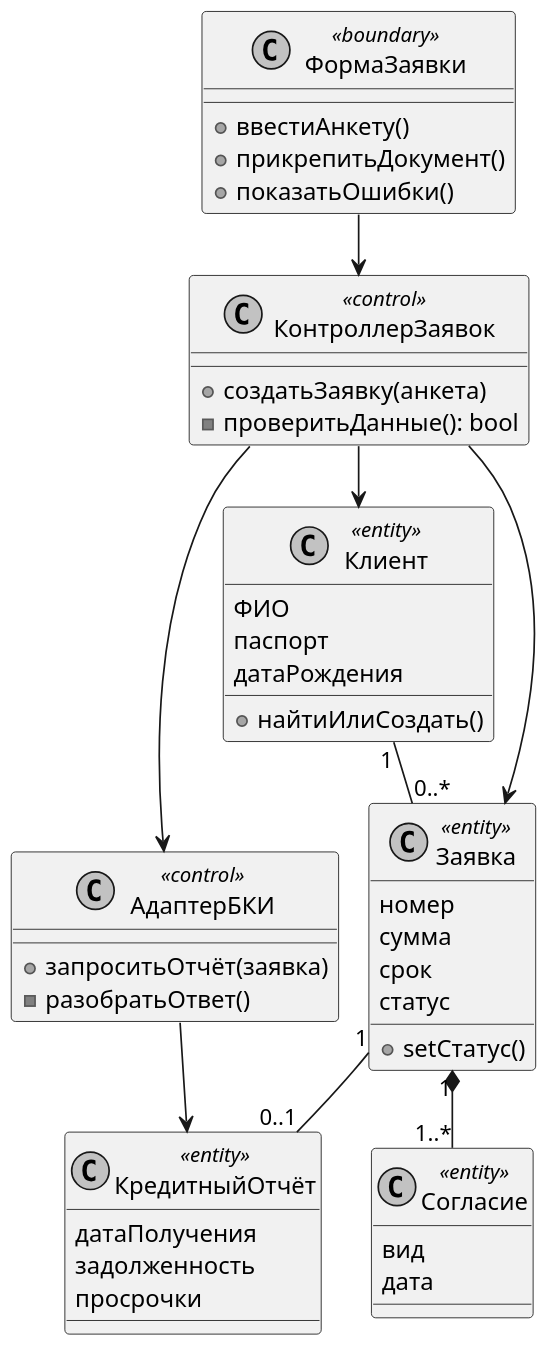
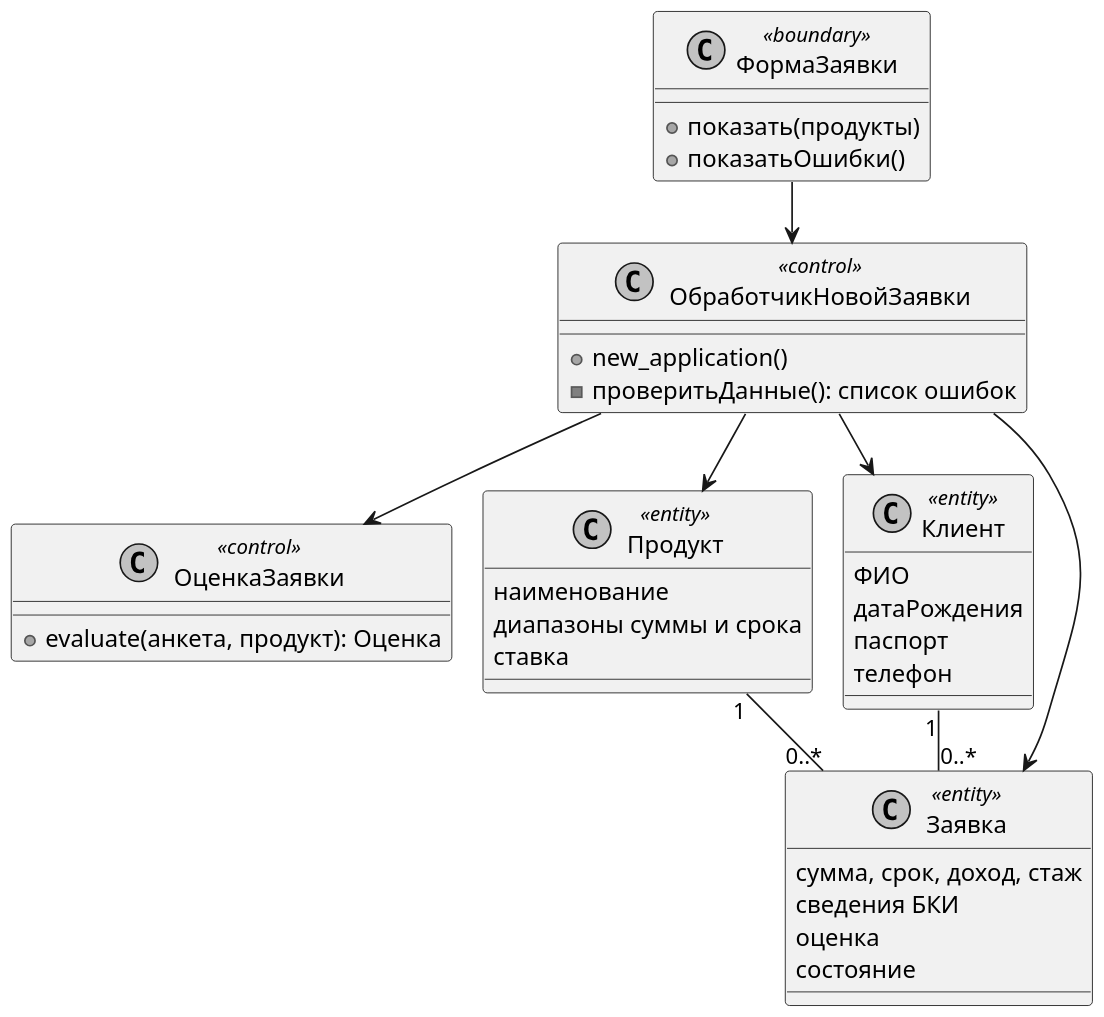
Before and after one commit to DarkSwordman999/credit-scoring-dss: the diagram in diagrams/uml_vopc_0.puml, drawn with PlantUML. The commit also changed 51 other files, not shown here.

Commit message:
Отчёты ПР 1-10 и диаграммы пересобраны под базовую редакцию

```diff
--- a/diagrams/uml_vopc_0.puml
+++ b/diagrams/uml_vopc_0.puml
@@ -1,50 +1,42 @@
 @startuml
 !pragma layout smetana
 skinparam dpi 150
 skinparam defaultFontName Arial
 skinparam shadowing false
 skinparam monochrome true
 class ФормаЗаявки <<boundary>> {
- +ввестиАнкету()
- +прикрепитьДокумент()
+ +показать(продукты)
  +показатьОшибки()
 }
-class КонтроллерЗаявок <<control>> {
- +создатьЗаявку(анкета)
- -проверитьДанные(): bool
+class ОбработчикНовойЗаявки <<control>> {
+ +new_application()
+ -проверитьДанные(): список ошибок
 }
-class АдаптерБКИ <<control>> {
- +запроситьОтчёт(заявка)
- -разобратьОтвет()
+class ОценкаЗаявки <<control>> {
+ +evaluate(анкета, продукт): Оценка
+}
+class Продукт <<entity>> {
+ наименование
+ диапазоны суммы и срока
+ ставка
 }
 class Клиент <<entity>> {
  ФИО
+ датаРождения
  паспорт
- датаРождения
- +найтиИлиСоздать()
+ телефон
 }
 class Заявка <<entity>> {
- номер
- сумма
- срок
- статус
- +setСтатус()
+ сумма, срок, доход, стаж
+ сведения БКИ
+ оценка
+ состояние
 }
-class Согласие <<entity>> {
- вид
- дата
-}
-class КредитныйОтчёт <<entity>> {
- датаПолучения
- задолженность
- просрочки
-}
-ФормаЗаявки --> КонтроллерЗаявок
-КонтроллерЗаявок --> Клиент
-КонтроллерЗаявок --> Заявка
-КонтроллерЗаявок --> АдаптерБКИ
+ФормаЗаявки --> ОбработчикНовойЗаявки
+ОбработчикНовойЗаявки --> Продукт
+ОбработчикНовойЗаявки --> Клиент
+ОбработчикНовойЗаявки --> ОценкаЗаявки
+ОбработчикНовойЗаявки --> Заявка
 Клиент "1" -- "0..*" Заявка
-Заявка "1" *-- "1..*" Согласие
-Заявка "1" -- "0..1" КредитныйОтчёт
-АдаптерБКИ --> КредитныйОтчёт
+Продукт "1" -- "0..*" Заявка
 @enduml
```
